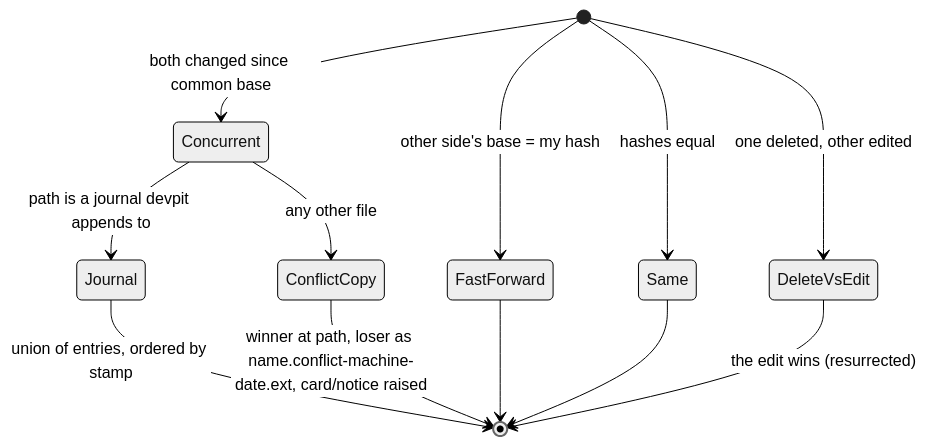
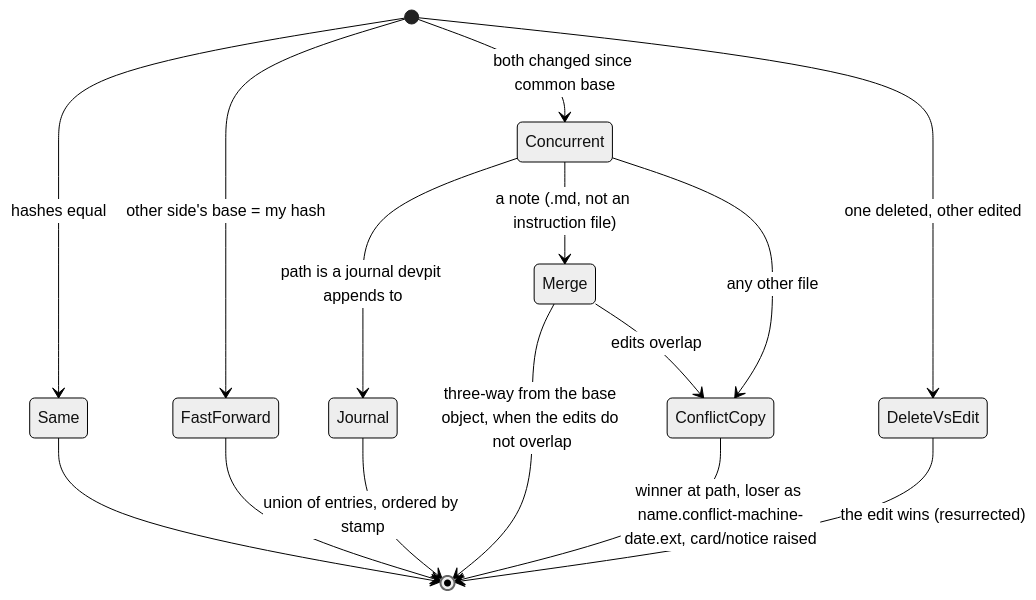
The fourth of 6 diagrams in docs/sync-workspace.md (jholhewres/devpit), drawn with Mermaid (neutral theme) before and after one commit. The commit also changed other lines of this file and 1 other file, not shown here.

````diff
--- a/docs/sync-workspace.md
+++ b/docs/sync-workspace.md
@@ -150,14 +161,17 @@
 ```mermaid
 stateDiagram-v2
   [*] --> Same: hashes equal
   [*] --> FastForward: other side's base = my hash
   [*] --> Concurrent: both changed since common base
   Concurrent --> Journal: path is a journal devpit appends to
+  Concurrent --> Merge: a note (.md, not an instruction file)
+  Merge --> [*]: three-way from the base object, when the edits do not overlap
+  Merge --> ConflictCopy: edits overlap
   Concurrent --> ConflictCopy: any other file
   Journal --> [*]: union of entries, ordered by stamp
   ConflictCopy --> [*]: winner at path, loser as name.conflict-machine-date.ext, card/notice raised
   FastForward --> [*]
   Same --> [*]
   [*] --> DeleteVsEdit: one deleted, other edited
   DeleteVsEdit --> [*]: the edit wins (resurrected)
 ```
````
